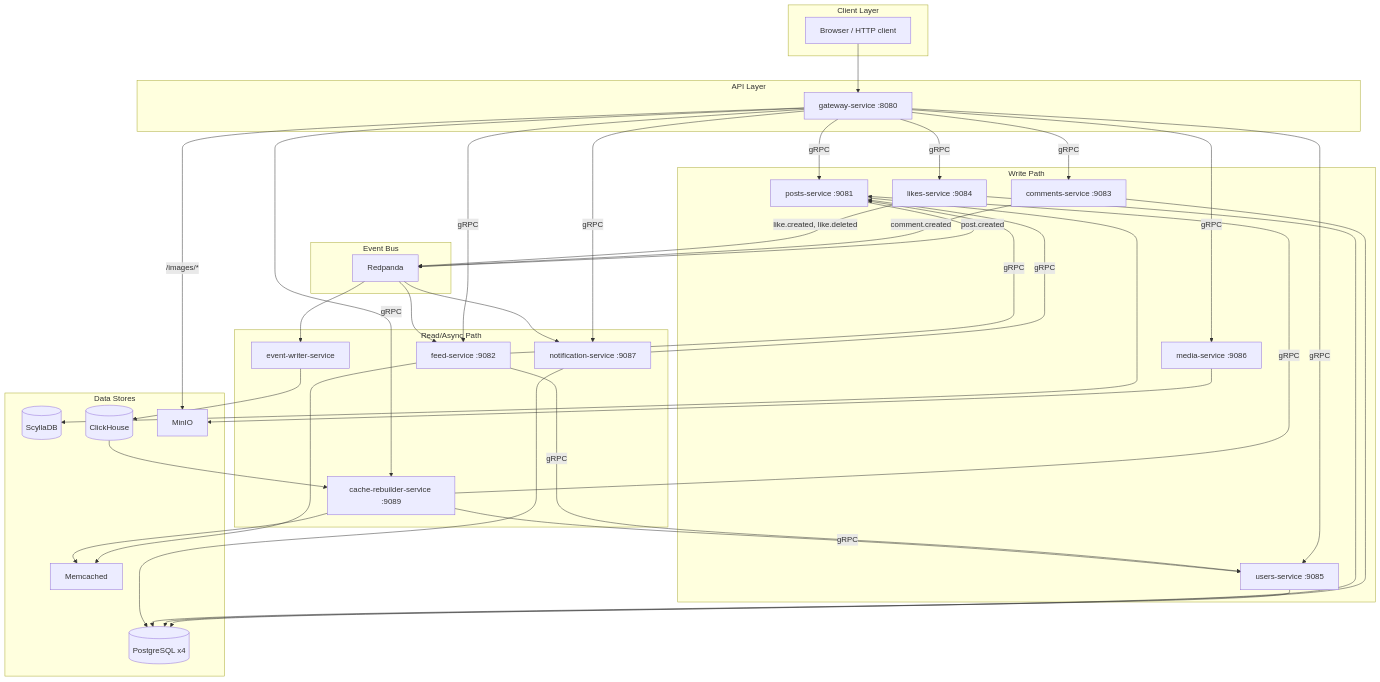
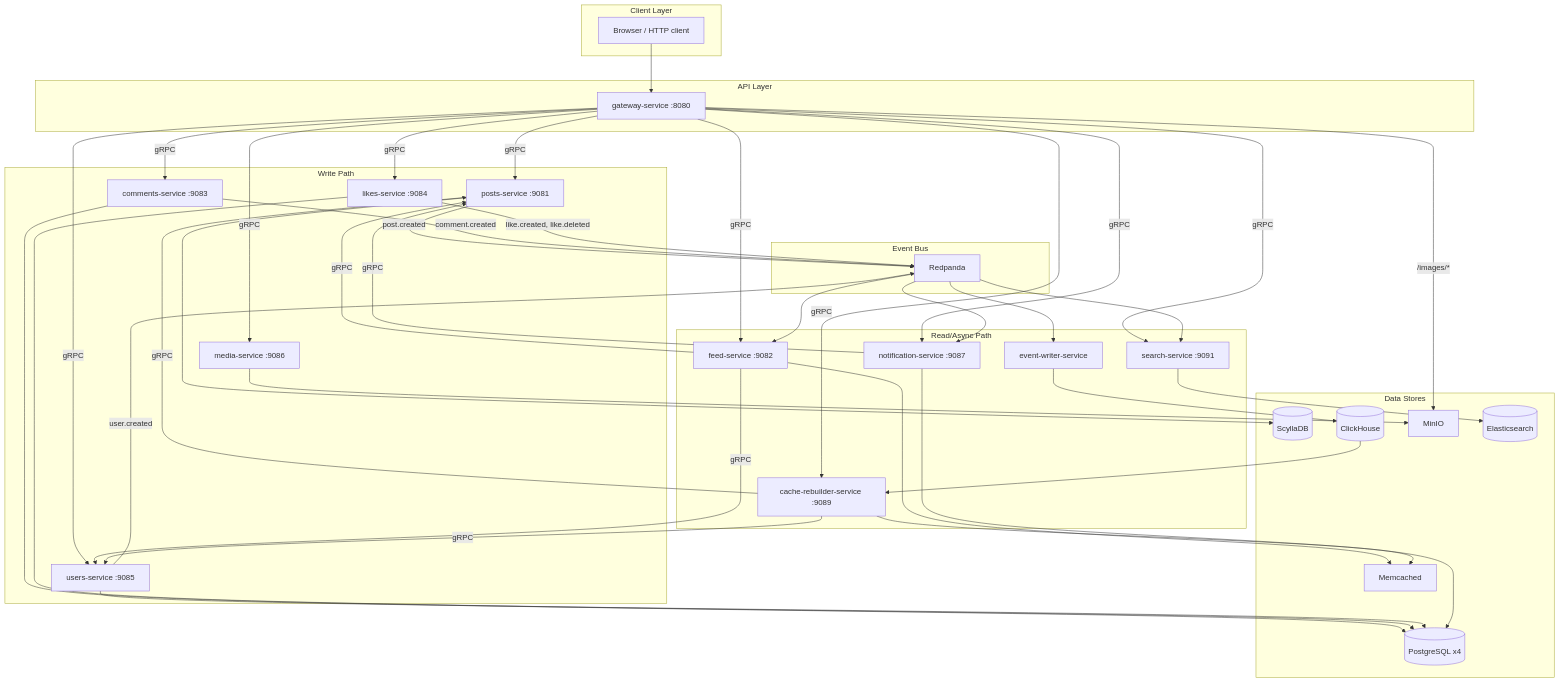
The first of 2 diagrams in docs/architecture.md (vahan-sahakyan/distributed-social-network), drawn with Mermaid before and after one commit. The commit also changed other lines of this file and 42 other files, not shown here.

Commit message:
[feat] search-service: elasticsearch search for posts, users and hashtags (#18)

````diff
--- a/docs/architecture.md
+++ b/docs/architecture.md
@@ -11,63 +11,68 @@
 ```mermaid
 graph TB
     subgraph "Client Layer"
         Client[Browser / HTTP client]
     end
 
     subgraph "API Layer"
         GW[gateway-service :8080]
     end
 
     subgraph "Write Path"
         Posts[posts-service :9081]
         Comments[comments-service :9083]
         Likes[likes-service :9084]
         Users[users-service :9085]
         Media[media-service :9086]
     end
 
     subgraph "Event Bus"
         RP[Redpanda]
     end
 
     subgraph "Read/Async Path"
         Feed[feed-service :9082]
         Notif[notification-service :9087]
         EW[event-writer-service]
         CR[cache-rebuilder-service :9089]
+        Search[search-service :9091]
     end
 
     subgraph "Data Stores"
         ScyllaDB[(ScyllaDB)]
         PG[(PostgreSQL x4)]
         CH[(ClickHouse)]
         MC[Memcached]
         MIO[MinIO]
+        ES[(Elasticsearch)]
     end
 
     Client --> GW
-    GW -->|gRPC| Posts & Comments & Likes & Users & Media & Feed & Notif & CR
+    GW -->|gRPC| Posts & Comments & Likes & Users & Media & Feed & Notif & CR & Search
     GW -->|/images/*| MIO
 
     Posts --> ScyllaDB
     Posts -->|post.created| RP
     Comments --> PG
     Comments -->|comment.created| RP
     Likes --> PG
     Likes -->|like.created, like.deleted| RP
     Users --> PG
+    Users -->|user.created| RP
     Media --> MIO
 
     RP --> Feed
     RP --> Notif
     RP --> EW
+    RP --> Search
 
     Feed --> MC
     Feed -->|gRPC| Users & Posts
     Notif --> PG
     Notif -->|gRPC| Posts
     EW --> CH
     CH --> CR
     CR --> MC
     CR -->|gRPC| Users & Posts
+    Search --> ES
 ```
````
